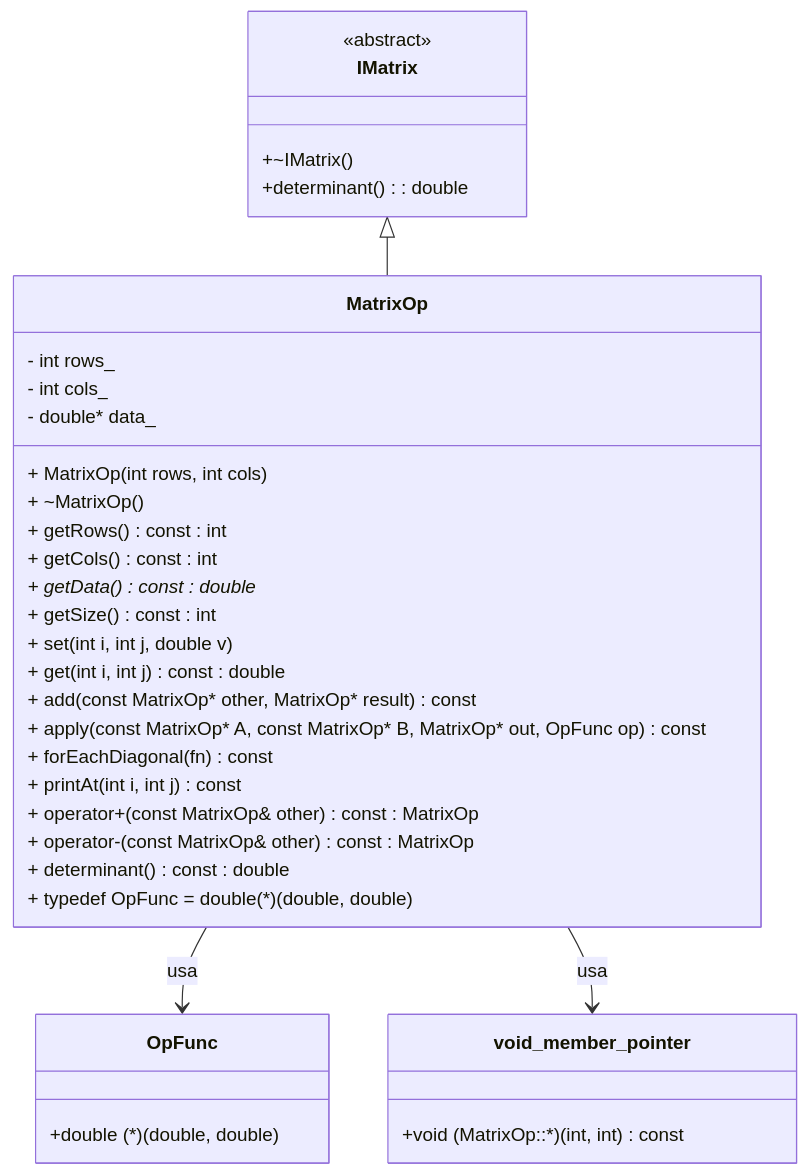
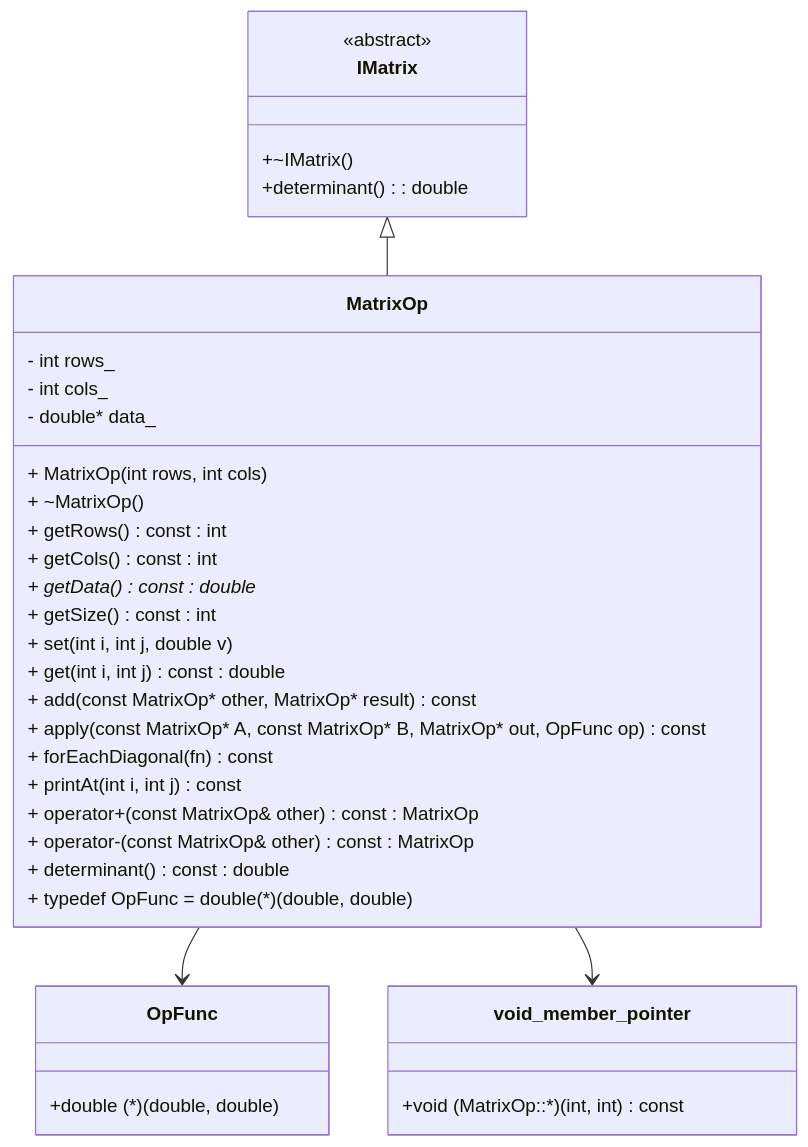
The diagram in README.md (EmiMon-456/Polimorfismo), drawn with Mermaid before and after one commit.

Commit message:
Refactor README.md to remove redundant labels in class diagram for MatrixOp

````diff
--- a/README.md
+++ b/README.md
@@ -5,44 +5,44 @@
 ```mermaid
 classDiagram
     class IMatrix {
         <<abstract>>
         +~IMatrix()
         +determinant() : double
     }
 
     class MatrixOp {
         - int rows_
         - int cols_
         - double* data_
         + MatrixOp(int rows, int cols)
         + ~MatrixOp()
         + getRows() const : int
         + getCols() const : int
         + getData() const : double*
         + getSize() const : int
         + set(int i, int j, double v)
         + get(int i, int j) const : double
         + add(const MatrixOp* other, MatrixOp* result) const
         + apply(const MatrixOp* A, const MatrixOp* B, MatrixOp* out, OpFunc op) const
         + forEachDiagonal(fn) const
         + printAt(int i, int j) const
         + operator+(const MatrixOp& other) const : MatrixOp
         + operator-(const MatrixOp& other) const : MatrixOp
         + determinant() const : double
         + typedef OpFunc = double(*)(double, double)
     }
 
     IMatrix <|-- MatrixOp
 
     %% Relaciones de uso (punteros a función y miembro)
-    MatrixOp --> OpFunc : usa
-    MatrixOp --> void_member_pointer : usa
+    MatrixOp --> OpFunc
+    MatrixOp --> void_member_pointer
 
     class OpFunc {
         +double (*)(double, double)
     }
 
     class void_member_pointer {
         +void (MatrixOp::*)(int, int) const
     }
 ```
````
